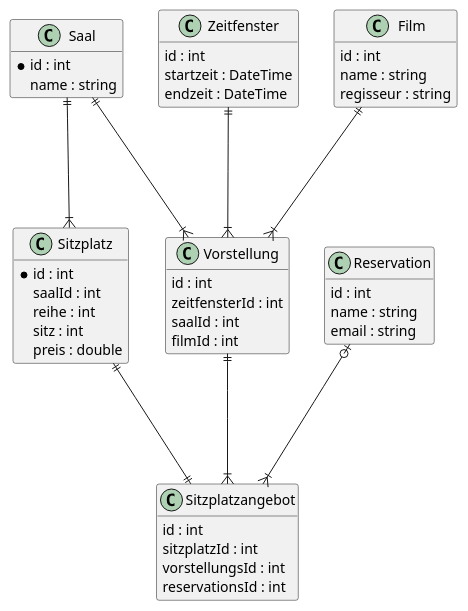
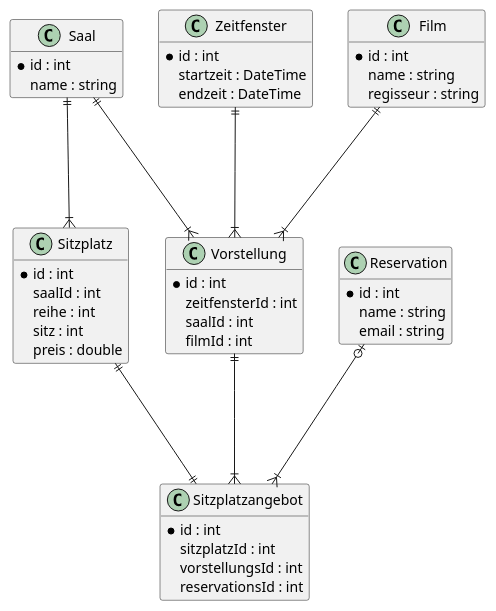
One commit to bztfinformatik/2023-playground-m183-Sven-Brunner changed the diagram in reservierungssystem.puml. Above: the diagram before and after it, drawn with PlantUML. The commit also changed 3 other files, not shown here.

```diff
--- a/reservierungssystem.puml
+++ b/reservierungssystem.puml
@@ -1,60 +1,60 @@
 @startuml 
 
 hide empty members
 
 class Saal {
     * id : int
     name : string
 
 }
 
 class Sitzplatz{
     * id : int 
     saalId : int
     reihe : int 
     sitz : int
     preis : double
 }
 
 class Sitzplatzangebot{
-    id : int 
+    * id : int 
     sitzplatzId : int 
     vorstellungsId : int 
     reservationsId : int 
 }
 class Zeitfenster {
-    id : int 
+    * id : int 
     startzeit : DateTime 
     endzeit : DateTime
 }
 
 class Film {
-    id : int 
+    * id : int 
     name : string 
     regisseur : string 
 }
 
 class Vorstellung{
-    id : int 
+    * id : int 
     zeitfensterId : int 
     saalId : int 
     filmId : int 
 }
 
 class Reservation{
-    id : int 
+    * id : int 
     name : string 
     email : string 
 }
 
 
 Film ||---|{ Vorstellung
 Saal ||---|{ Vorstellung
 Zeitfenster ||---|{ Vorstellung
 Saal ||---|{ Sitzplatz 
 
 
 Reservation |o---|{ Sitzplatzangebot
 Sitzplatz ||---|| Sitzplatzangebot
 Vorstellung ||---|{ Sitzplatzangebot
 @enduml
```
